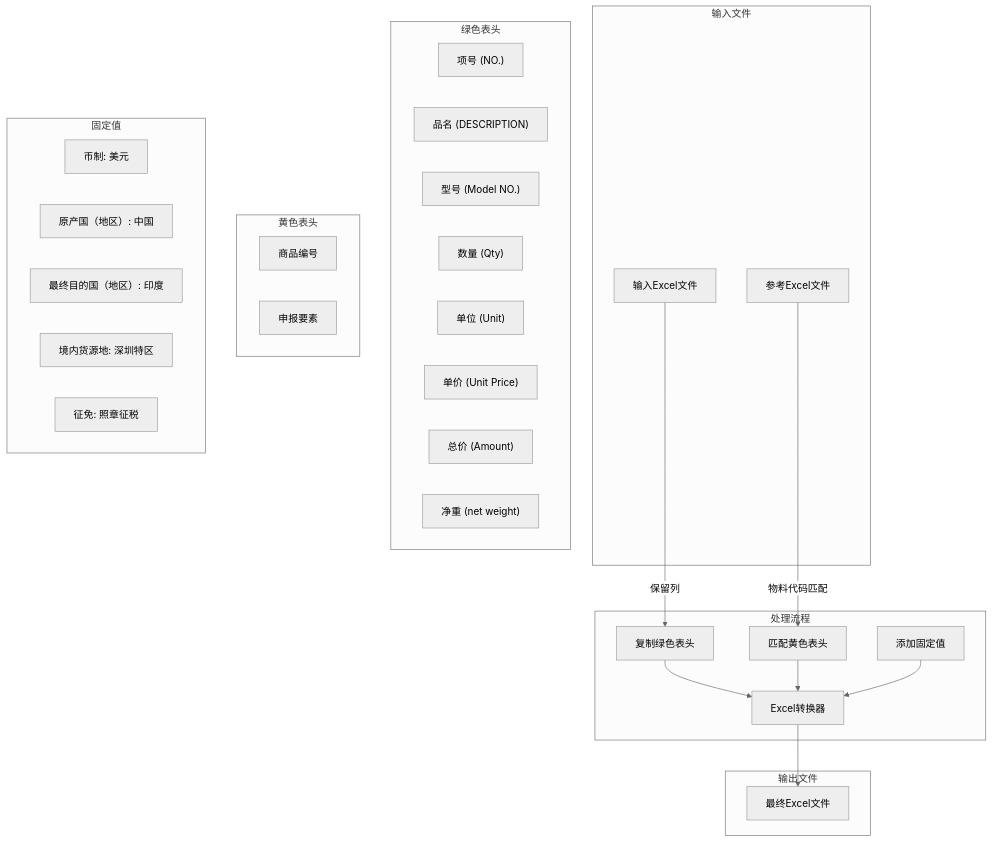
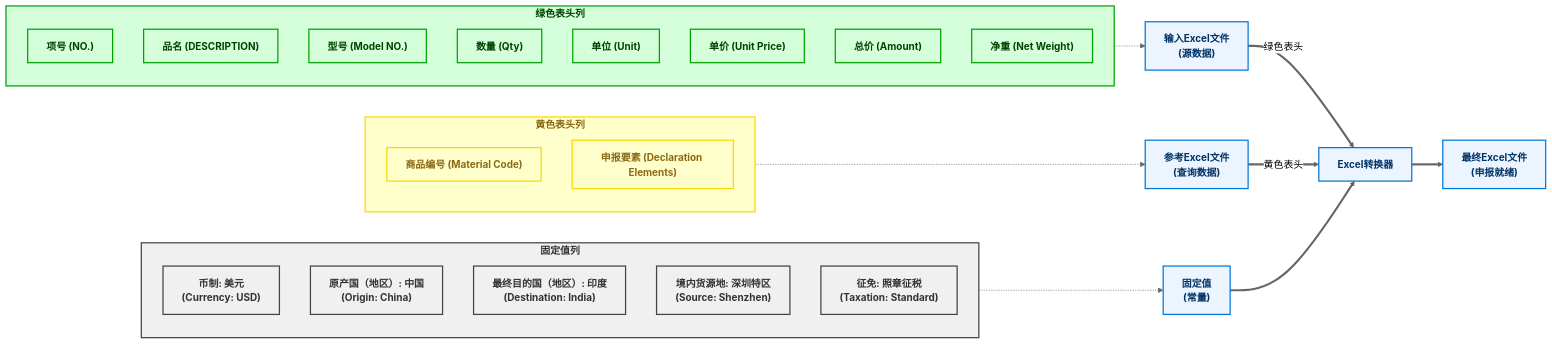
Before and after one commit to anlaganlag/CIIBER_custom_declare: the diagram in README-CN.md, drawn with Mermaid (neutral theme). The commit also changed 1 other file, not shown here.

Commit message:
made the flow chart more readable in readme files.

````diff
--- a/README-CN.md
+++ b/README-CN.md
@@ -73,49 +73,53 @@
 ```mermaid
-graph TD
-    subgraph Inputs["输入文件"]
-        A["输入Excel文件"]
-        B["参考Excel文件"]
+flowchart LR
+    %% 主要流程，使用更大的节点和更清晰的标签
+    InputFile["输入Excel文件\n(源数据)"] ==> |"绿色表头"| Processor
+    ReferenceFile["参考Excel文件\n(查询数据)"] ==> |"黄色表头"| Processor
+    FixedValues["固定值\n(常量)"] ==> Processor
+    Processor["Excel转换器"] ==> OutputFile["最终Excel文件\n(申报就绪)"]
+    
+    %% 定义样式
+    classDef greenBox fill:#d4ffda,stroke:#00a300,stroke-width:2px,color:#004400,font-weight:bold
+    classDef yellowBox fill:#ffffcc,stroke:#ffd700,stroke-width:2px,color:#8b6914,font-weight:bold
+    classDef blueBox fill:#ecf4ff,stroke:#0078d7,stroke-width:2px,color:#003366,font-weight:bold
+    classDef grayBox fill:#f0f0f0,stroke:#444444,stroke-width:2px,color:#333333,font-weight:bold
+    
+    %% 列详情与子图
+    subgraph GreenColumns["绿色表头列"]
+        direction TB
+        G1["项号 (NO.)"]
+        G2["品名 (DESCRIPTION)"]
+        G3["型号 (Model NO.)"]
+        G4["数量 (Qty)"]
+        G5["单位 (Unit)"]
+        G6["单价 (Unit Price)"]
+        G7["总价 (Amount)"]
+        G8["净重 (Net Weight)"]
     end
     
-    subgraph Process["处理流程"]
-        C["Excel转换器"]
-        E["复制绿色表头"]
-        F["匹配黄色表头"]
-        G["添加固定值"]
+    subgraph YellowColumns["黄色表头列"]
+        direction TB
+        Y1["商品编号 (Material Code)"]
+        Y2["申报要素 (Declaration Elements)"]
     end
     
-    subgraph Output["输出文件"]
-        H["最终Excel文件"]
+    subgraph FixedColumns["固定值列"]
+        direction TB
+        F1["币制: 美元\n(Currency: USD)"]
+        F2["原产国（地区）: 中国\n(Origin: China)"]
+        F3["最终目的国（地区）: 印度\n(Destination: India)"]
+        F4["境内货源地: 深圳特区\n(Source: Shenzhen)"]
+        F5["征免: 照章征税\n(Taxation: Standard)"]
     end
     
-    A -->|保留列| E
-    B -->|物料代码匹配| F
-    E --> C
-    F --> C
-    G --> C
-    C --> H
+    %% 连接子图到主流程
+    GreenColumns -.-> InputFile
+    YellowColumns -.-> ReferenceFile
+    FixedColumns -.-> FixedValues
     
-    subgraph GreenHeaders["绿色表头"]
-        I["项号 (NO.)"]
-        J["品名 (DESCRIPTION)"]
-        K["型号 (Model NO.)"]
-        L["数量 (Qty)"]
-        M["单位 (Unit)"]
-        N["单价 (Unit Price)"]
-        O["总价 (Amount)"]
-        P["净重 (net weight)"]
-    end
-    
-    subgraph YellowHeaders["黄色表头"]
-        Q["商品编号"]
-        R["申报要素"]
-    end
-    
-    subgraph FixedValues["固定值"]
-        S["币制: 美元"]
-        T["原产国（地区）: 中国"]
-        U["最终目的国（地区）: 印度"]
-        V["境内货源地: 深圳特区"]
-        W["征免: 照章征税"]
-    end
+    %% 应用样式
+    class GreenColumns,G1,G2,G3,G4,G5,G6,G7,G8 greenBox
+    class YellowColumns,Y1,Y2 yellowBox
+    class FixedColumns,F1,F2,F3,F4,F5 grayBox
+    class InputFile,ReferenceFile,Processor,OutputFile,FixedValues blueBox
 ```
````
